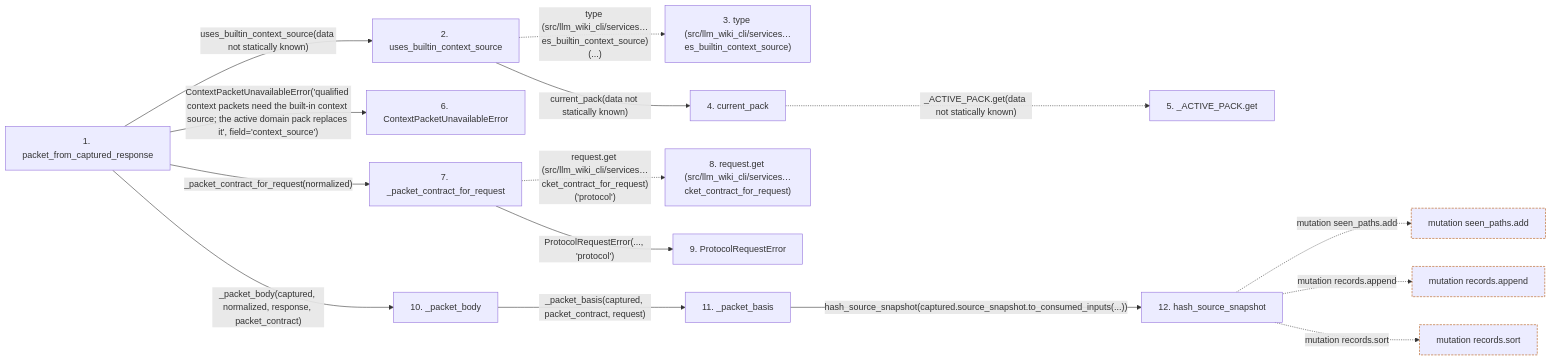
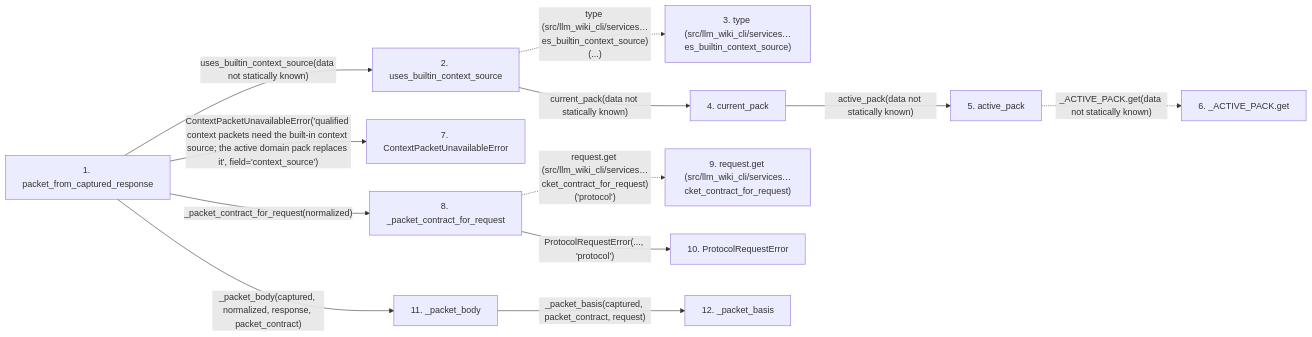
One commit to Denissvgn/python-wiki-llm changed the second of 2 diagrams in docs/llm_wiki/flows/api-packet_from_captured_response.md. Above: the diagram before and after it, drawn with Mermaid. The commit also changed other lines of this file and 719 other files, not shown here.

````diff
--- a/docs/llm_wiki/flows/api-packet_from_captured_response.md
+++ b/docs/llm_wiki/flows/api-packet_from_captured_response.md
@@ -154,45 +155,35 @@
 ```mermaid
 flowchart LR
     s1["1. packet_from_captured_response"]
     s2["2. uses_builtin_context_source"]
     s3["3. type (src/llm_wiki_cli/services…es_builtin_context_source)"]
     s4["4. current_pack"]
-    s5["5. _ACTIVE_PACK.get"]
-    s6["6. ContextPacketUnavailableError"]
-    s7["7. _packet_contract_for_request"]
-    s8["8. request.get (src/llm_wiki_cli/services…cket_contract_for_request)"]
-    s9["9. ProtocolRequestError"]
-    s10["10. _packet_body"]
-    s11["11. _packet_basis"]
-    s12["12. hash_source_snapshot"]
+    s5["5. active_pack"]
+    s6["6. _ACTIVE_PACK.get"]
+    s7["7. ContextPacketUnavailableError"]
+    s8["8. _packet_contract_for_request"]
+    s9["9. request.get (src/llm_wiki_cli/services…cket_contract_for_request)"]
+    s10["10. ProtocolRequestError"]
+    s11["11. _packet_body"]
+    s12["12. _packet_basis"]
     s1 -->|"uses_builtin_context_source(data not statically known)"| s2
     s2 -. "type (src/llm_wiki_cli/services…es_builtin_context_source)(...)" .-> s3
     s2 -->|"current_pack(data not statically known)"| s4
-    s4 -. "_ACTIVE_PACK.get(data not statically known)" .-> s5
-    s1 -->|"ContextPacketUnavailableError('qualified context packets need the built-in context source; the active domain pack replaces it', field='context_source')"| s6
-    s1 -->|"_packet_contract_for_request(normalized)"| s7
-    s7 -. "request.get (src/llm_wiki_cli/services…cket_contract_for_request)('protocol')" .-> s8
-    s7 -->|"ProtocolRequestError(..., 'protocol')"| s9
-    s1 -->|"_packet_body(captured, normalized, response, packet_contract)"| s10
-    s10 -->|"_packet_basis(captured, packet_contract, request)"| s11
-    s11 -->|"hash_source_snapshot(captured.source_snapshot.to_consumed_inputs(...))"| s12
-    b0["mutation seen_paths.add"]
-    s12 -. "mutation seen_paths.add" .-> b0
-    b1["mutation records.append"]
-    s12 -. "mutation records.append" .-> b1
-    b2["mutation records.sort"]
-    s12 -. "mutation records.sort" .-> b2
+    s4 -->|"active_pack(data not statically known)"| s5
+    s5 -. "_ACTIVE_PACK.get(data not statically known)" .-> s6
+    s1 -->|"ContextPacketUnavailableError('qualified context packets need the built-in context source; the active domain pack replaces it', field='context_source')"| s7
+    s1 -->|"_packet_contract_for_request(normalized)"| s8
+    s8 -. "request.get (src/llm_wiki_cli/services…cket_contract_for_request)('protocol')" .-> s9
+    s8 -->|"ProtocolRequestError(..., 'protocol')"| s10
+    s1 -->|"_packet_body(captured, normalized, response, packet_contract)"| s11
+    s11 -->|"_packet_basis(captured, packet_contract, request)"| s12
     click s1 "../modules/context_packet_builder.md"
     click s2 "../modules/domain_pack.md"
     click s4 "../modules/domain_pack.md"
-    click s6 "../modules/context_packet_builder.md"
+    click s5 "../modules/pack_interfaces.md"
     click s7 "../modules/context_packet_builder.md"
-    click s9 "../modules/context_request_format.md"
-    click s10 "../modules/context_packet_builder.md"
+    click s8 "../modules/context_packet_builder.md"
+    click s10 "../modules/context_request_format.md"
     click s11 "../modules/context_packet_builder.md"
-    click s12 "../modules/knowledge_envelope.md"
-    classDef boundary stroke:#b45309,stroke-dasharray: 4 2
-    class b0 boundary
-    class b1 boundary
-    class b2 boundary
+    click s12 "../modules/context_packet_builder.md"
 ```
````
